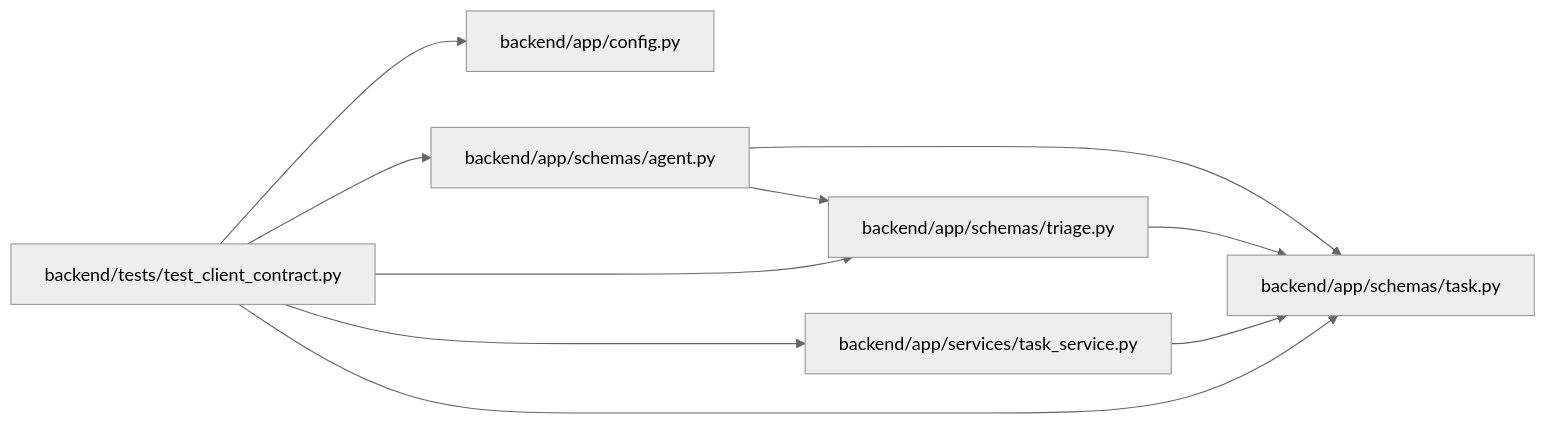
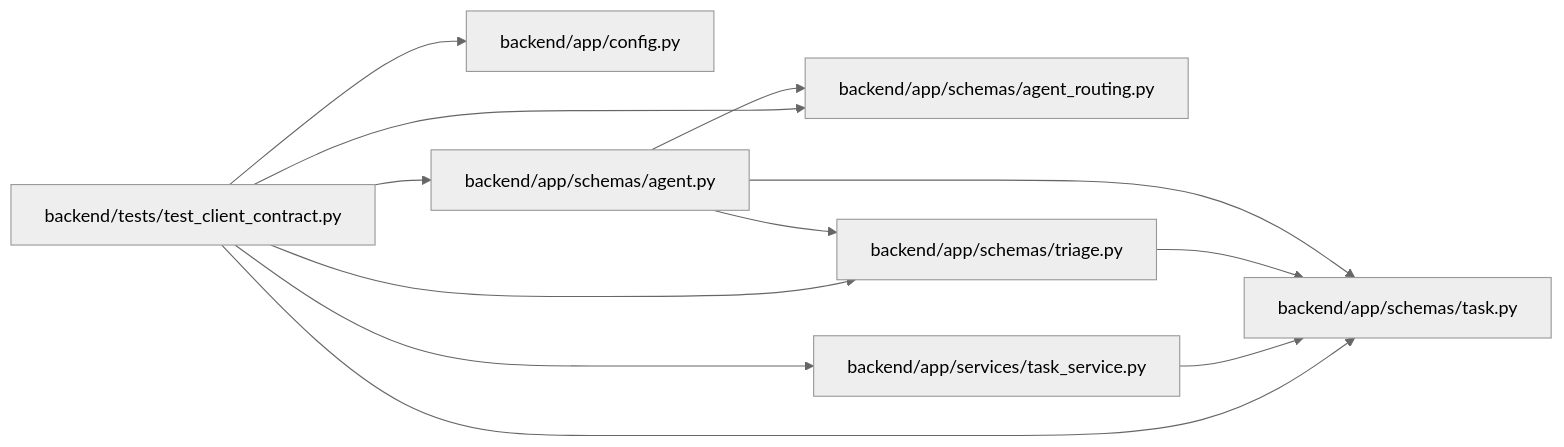
Before and after one commit to Denissvgn/WorkChord: the diagram in docs/llm_wiki/modules/test_client_contract.md, drawn with Mermaid (neutral theme). The commit also changed other lines of this file and 2373 other files, not shown here.

````diff
--- a/docs/llm_wiki/modules/test_client_contract.md
+++ b/docs/llm_wiki/modules/test_client_contract.md
@@ -28,24 +29,28 @@
 ```mermaid
 flowchart LR
     n0["backend/app/config.py"]
     n1["backend/app/schemas/agent.py"]
-    n2["backend/app/schemas/task.py"]
-    n3["backend/app/schemas/triage.py"]
-    n4["backend/app/services/task_service.py"]
-    n5["backend/tests/test_client_contract.py"]
+    n2["backend/app/schemas/agent_routing.py"]
+    n3["backend/app/schemas/task.py"]
+    n4["backend/app/schemas/triage.py"]
+    n5["backend/app/services/task_service.py"]
+    n6["backend/tests/test_client_contract.py"]
     n1 --> n2
     n1 --> n3
-    n3 --> n2
-    n4 --> n2
-    n5 --> n0
-    n5 --> n1
-    n5 --> n2
+    n1 --> n4
+    n4 --> n3
     n5 --> n3
-    n5 --> n4
+    n6 --> n0
+    n6 --> n1
+    n6 --> n2
+    n6 --> n3
+    n6 --> n4
+    n6 --> n5
     click n0 "../modules/config.md"
     click n1 "../modules/schemas_agent.md"
-    click n2 "../modules/schemas_task.md"
-    click n3 "../modules/schemas_triage.md"
-    click n4 "../modules/task_service.md"
-    click n5 "../modules/test_client_contract.md"
+    click n2 "../modules/agent_routing.md"
+    click n3 "../modules/schemas_task.md"
+    click n4 "../modules/schemas_triage.md"
+    click n5 "../modules/task_service.md"
+    click n6 "../modules/test_client_contract.md"
 ```
````
